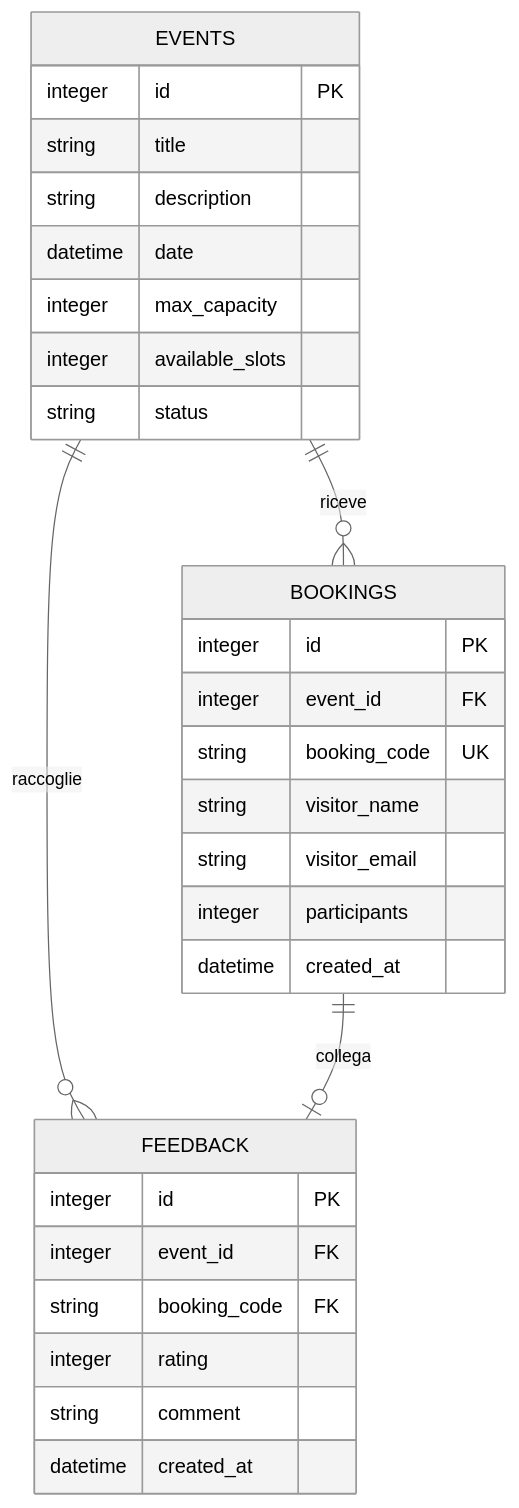
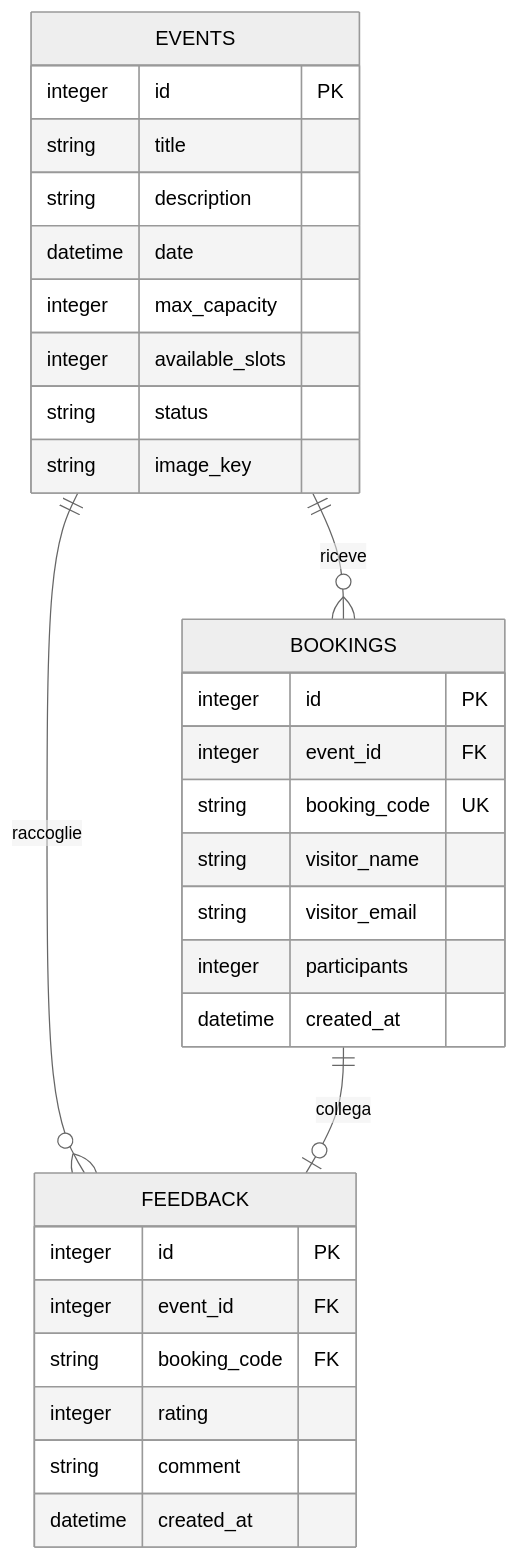
One commit to RobertoCastelli/museo-hub changed the diagram in docs/diagrams/modello-dati.md. Above: the diagram before and after it, drawn with Mermaid (neutral theme). The commit also changed 28 other files, not shown here.

````diff
--- a/docs/diagrams/modello-dati.md
+++ b/docs/diagrams/modello-dati.md
@@ -8,35 +8,36 @@
 ```mermaid
 erDiagram
     EVENTS ||--o{ BOOKINGS : riceve
     EVENTS ||--o{ FEEDBACK : raccoglie
     BOOKINGS ||--o| FEEDBACK : collega
 
     EVENTS {
         integer id PK
         string title
         string description
         datetime date
         integer max_capacity
         integer available_slots
         string status
+        string image_key
     }
 
     BOOKINGS {
         integer id PK
         integer event_id FK
         string booking_code UK
         string visitor_name
         string visitor_email
         integer participants
         datetime created_at
     }
 
     FEEDBACK {
         integer id PK
         integer event_id FK
         string booking_code FK
         integer rating
         string comment
         datetime created_at
     }
 ```
````
